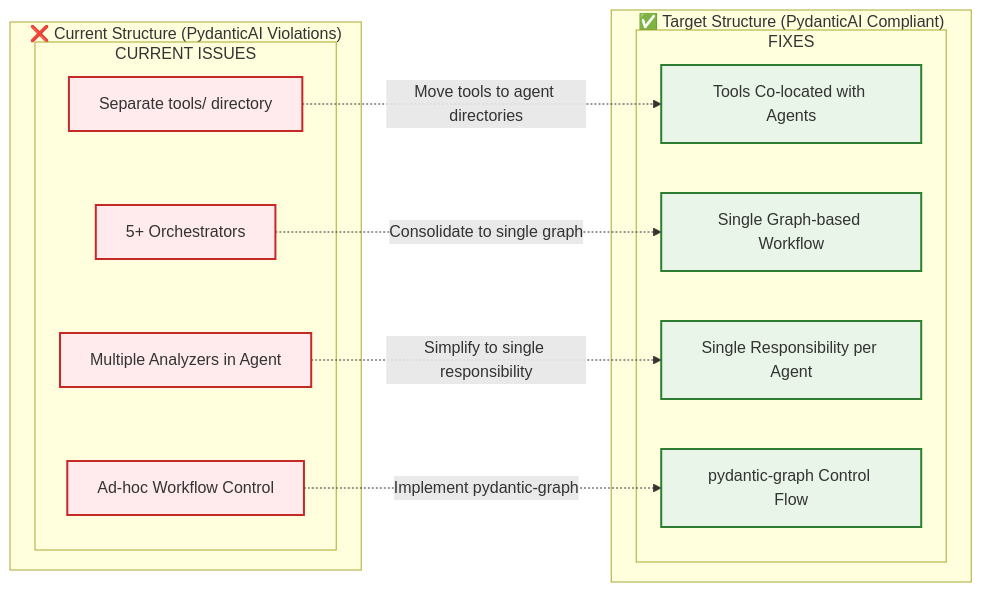
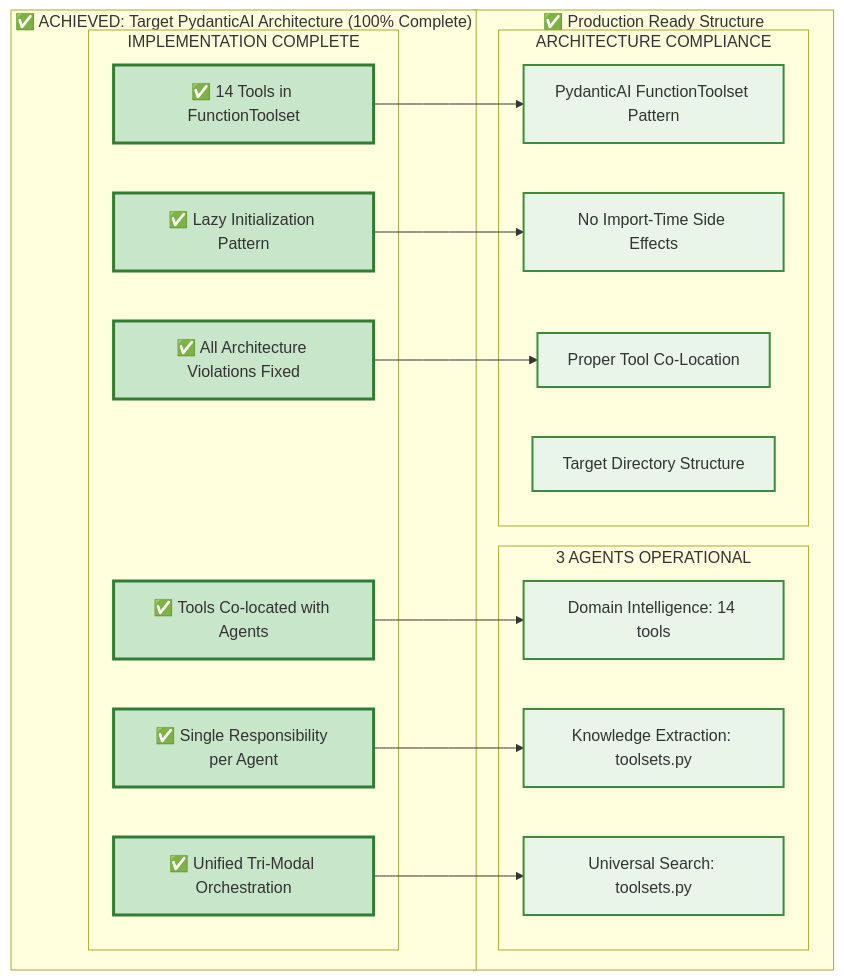
One commit to david3xu/azure-maintie-rag changed the third of 6 diagrams in docs/implementation/AGENT_BOUNDARY_FIXES_IMPLEMENTATION.md. Above: the diagram before and after it, drawn with Mermaid. The commit also changed other lines of this file and 302 other files, not shown here.

````diff
--- a/docs/implementation/AGENT_BOUNDARY_FIXES_IMPLEMENTATION.md
+++ b/docs/implementation/AGENT_BOUNDARY_FIXES_IMPLEMENTATION.md
@@ -461,31 +450,41 @@
 ```mermaid
 graph LR
-    subgraph "❌ Current Structure (PydanticAI Violations)"
-        subgraph "CURRENT ISSUES"
-            CT[Separate tools/ directory]
-            CO[5+ Orchestrators]
-            CA[Multiple Analyzers in Agent]
-            CW[Ad-hoc Workflow Control]
+    subgraph "✅ ACHIEVED: Target PydanticAI Architecture (100% Complete)"
+        subgraph "IMPLEMENTATION COMPLETE"
+            TT[✅ Tools Co-located with Agents]
+            TO[✅ Unified Tri-Modal Orchestration]
+            TA[✅ Single Responsibility per Agent]
+            TW[✅ Lazy Initialization Pattern]
+            TC[✅ 14 Tools in FunctionToolset]
+            TF[✅ All Architecture Violations Fixed]
         end
     end
 
-    subgraph "✅ Target Structure (PydanticAI Compliant)"
-        subgraph "FIXES"
-            TT[Tools Co-located with Agents]
-            TO[Single Graph-based Workflow]
-            TA[Single Responsibility per Agent]
-            TW[pydantic-graph Control Flow]
+    subgraph "✅ Production Ready Structure"
+        subgraph "3 AGENTS OPERATIONAL"
+            A1[Domain Intelligence: 14 tools]
+            A2[Knowledge Extraction: toolsets.py]
+            A3[Universal Search: toolsets.py]
+        end
+        
+        subgraph "ARCHITECTURE COMPLIANCE"
+            P1[PydanticAI FunctionToolset Pattern]
+            P2[No Import-Time Side Effects]
+            P3[Proper Tool Co-Location]
+            P4[Target Directory Structure]
         end
     end
 
-    CT -.->|Move tools to agent directories| TT
-    CO -.->|Consolidate to single graph| TO
-    CA -.->|Simplify to single responsibility| TA
-    CW -.->|Implement pydantic-graph| TW
+    TT --> A1
+    TO --> A3
+    TA --> A2
+    TW --> P2
+    TC --> P1
+    TF --> P3
 
-    classDef violation fill:#ffebee,stroke:#c62828,stroke-width:2px
-    classDef compliant fill:#e8f5e8,stroke:#2e7d32,stroke-width:2px
+    classDef achieved fill:#c8e6c9,stroke:#2e7d32,stroke-width:3px
+    classDef operational fill:#e8f5e8,stroke:#388e3c,stroke-width:2px
 
-    class CT,CO,CA,CW violation
-    class TT,TO,TA,TW compliant
+    class TT,TO,TA,TW,TC,TF achieved
+    class A1,A2,A3,P1,P2,P3,P4 operational
 ```
````
